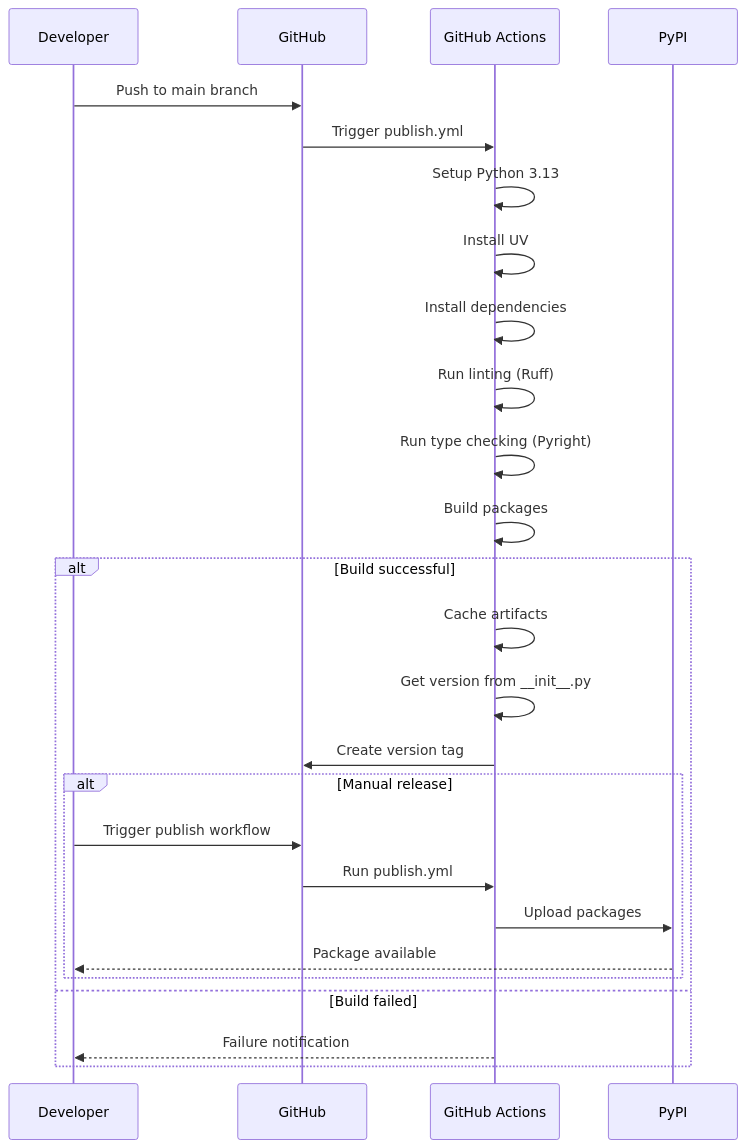
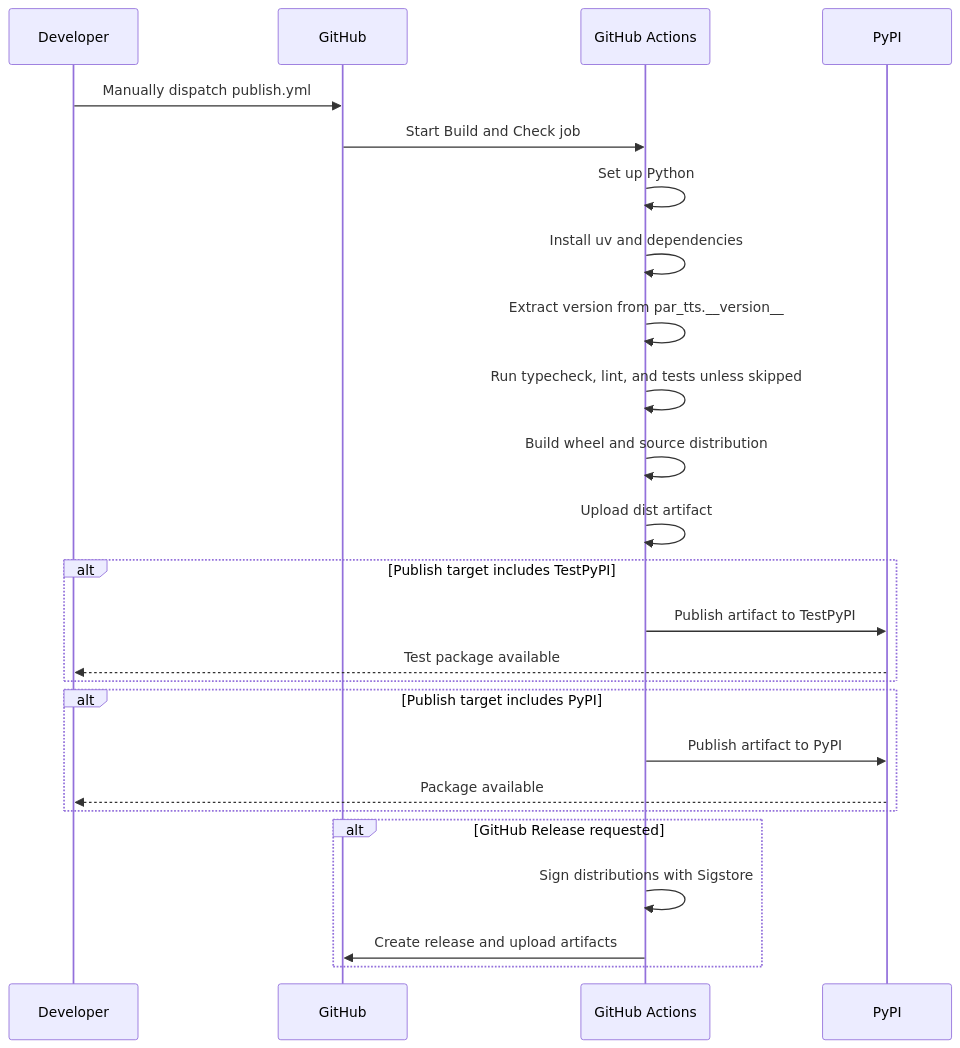
Before and after one commit to paulrobello/par-cli-tts: diagram 14 of 21 in docs/ARCHITECTURE.md, drawn with Mermaid. The commit also changed other lines of this file and 3 other files, not shown here.

````diff
--- a/docs/ARCHITECTURE.md
+++ b/docs/ARCHITECTURE.md
@@ -1191,32 +1309,32 @@
 ```mermaid
 sequenceDiagram
     participant Dev as Developer
     participant GH as GitHub
     participant GA as GitHub Actions
     participant PyPI as PyPI
 
-    Dev->>GH: Push to main branch
-    GH->>GA: Trigger publish.yml
+    Dev->>GH: Manually dispatch publish.yml
+    GH->>GA: Start Build and Check job
 
-    GA->>GA: Setup Python 3.13
-    GA->>GA: Install UV
-    GA->>GA: Install dependencies
-    GA->>GA: Run linting (Ruff)
-    GA->>GA: Run type checking (Pyright)
-    GA->>GA: Build packages
+    GA->>GA: Set up Python
+    GA->>GA: Install uv and dependencies
+    GA->>GA: Extract version from par_tts.__version__
+    GA->>GA: Run typecheck, lint, and tests unless skipped
+    GA->>GA: Build wheel and source distribution
+    GA->>GA: Upload dist artifact
 
-    alt Build successful
-        GA->>GA: Cache artifacts
-        GA->>GA: Get version from __init__.py
-        GA->>GH: Create version tag
+    alt Publish target includes TestPyPI
+        GA->>PyPI: Publish artifact to TestPyPI
+        PyPI-->>Dev: Test package available
+    end
 
-        alt Manual release
-            Dev->>GH: Trigger publish workflow
-            GH->>GA: Run publish.yml
-            GA->>PyPI: Upload packages
-            PyPI-->>Dev: Package available
-        end
-    else Build failed
-        GA-->>Dev: Failure notification
+    alt Publish target includes PyPI
+        GA->>PyPI: Publish artifact to PyPI
+        PyPI-->>Dev: Package available
+    end
+
+    alt GitHub Release requested
+        GA->>GA: Sign distributions with Sigstore
+        GA->>GH: Create release and upload artifacts
     end
 ```
````
